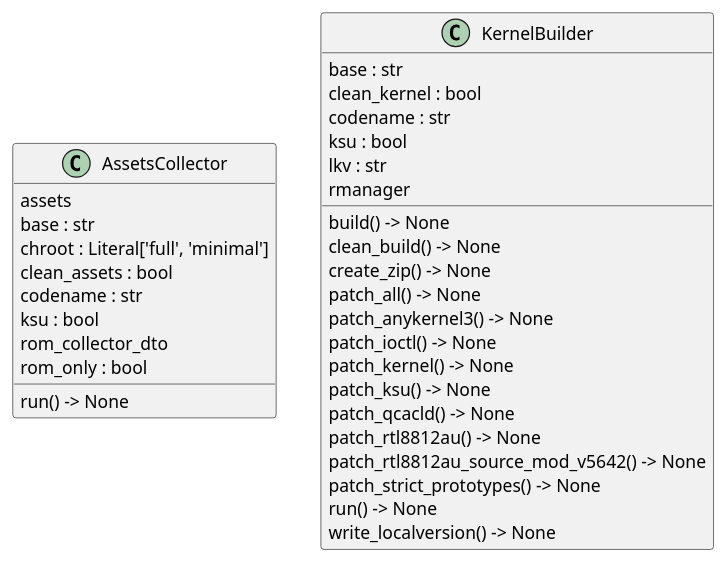
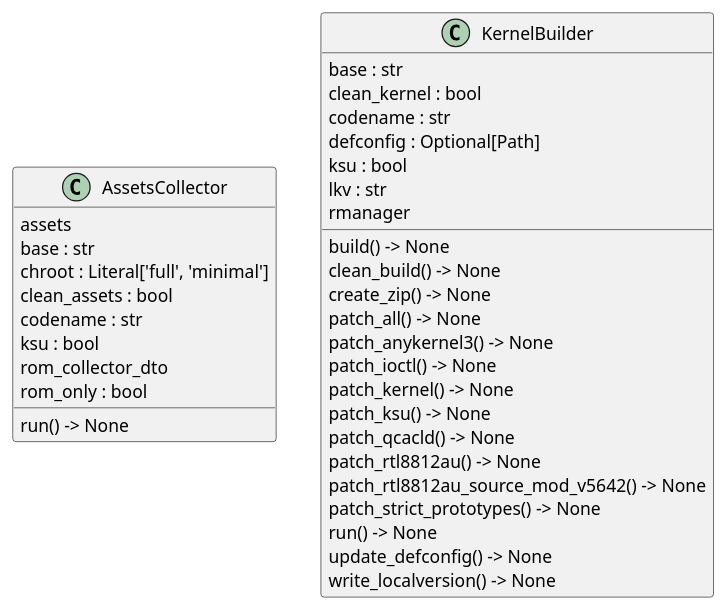
One commit to seppzer0/zero_kernel changed the diagram in docs/architecture/core/classes.puml. Above: the diagram before and after it, drawn with PlantUML. The commit also changed 10 other files, not shown here.

Commit message:
feat: add custom defconfig path definition

```diff
--- a/docs/architecture/core/classes.puml
+++ b/docs/architecture/core/classes.puml
@@ -1,36 +1,38 @@
 @startuml classes
 set namespaceSeparator none
 class "AssetsCollector" as core.assets_collector.AssetsCollector {
   assets
   base : str
   chroot : Literal['full', 'minimal']
   clean_assets : bool
   codename : str
   ksu : bool
   rom_collector_dto
   rom_only : bool
   run() -> None
 }
 class "KernelBuilder" as core.kernel_builder.KernelBuilder {
   base : str
   clean_kernel : bool
   codename : str
+  defconfig : Optional[Path]
   ksu : bool
   lkv : str
   rmanager
   build() -> None
   clean_build() -> None
   create_zip() -> None
   patch_all() -> None
   patch_anykernel3() -> None
   patch_ioctl() -> None
   patch_kernel() -> None
   patch_ksu() -> None
   patch_qcacld() -> None
   patch_rtl8812au() -> None
   patch_rtl8812au_source_mod_v5642() -> None
   patch_strict_prototypes() -> None
   run() -> None
+  update_defconfig() -> None
   write_localversion() -> None
 }
 @enduml
```
